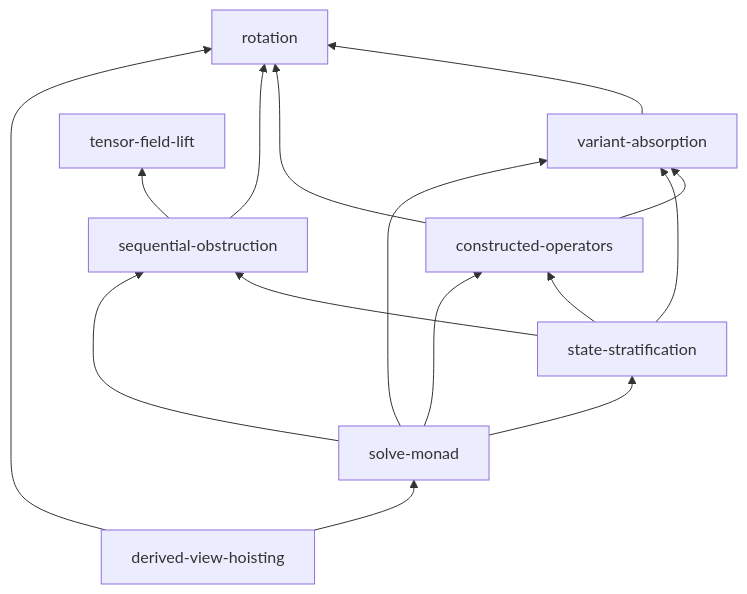
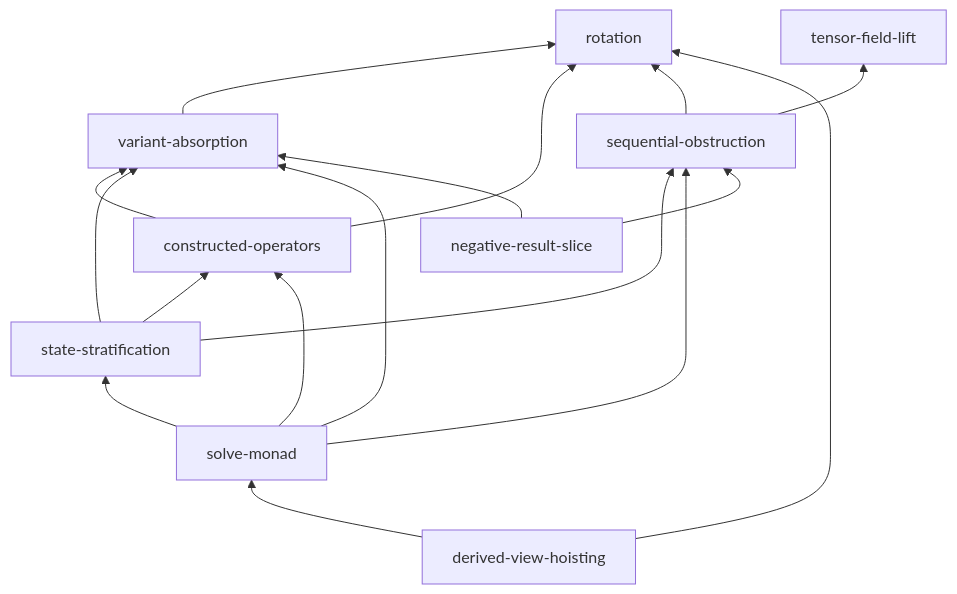
Before and after one commit to crutcher/palace_whiteroom: the first of 6 diagrams in book/src/concepts/dependency-map.md, drawn with Mermaid. The commit also changed other lines of this file and 9 other files, not shown here.

````diff
--- a/book/src/concepts/dependency-map.md
+++ b/book/src/concepts/dependency-map.md
@@ -24,17 +24,19 @@
 ```mermaid
 graph BT
   variant-absorption --> rotation
   constructed-operators --> rotation
   constructed-operators --> variant-absorption
   sequential-obstruction --> rotation
   sequential-obstruction --> tensor-field-lift
   state-stratification --> variant-absorption
   state-stratification --> constructed-operators
   state-stratification --> sequential-obstruction
   solve-monad --> state-stratification
   solve-monad --> sequential-obstruction
   solve-monad --> constructed-operators
   solve-monad --> variant-absorption
   derived-view-hoisting --> rotation
   derived-view-hoisting --> solve-monad
+  negative-result-slice --> sequential-obstruction
+  negative-result-slice --> variant-absorption
 ```
````
